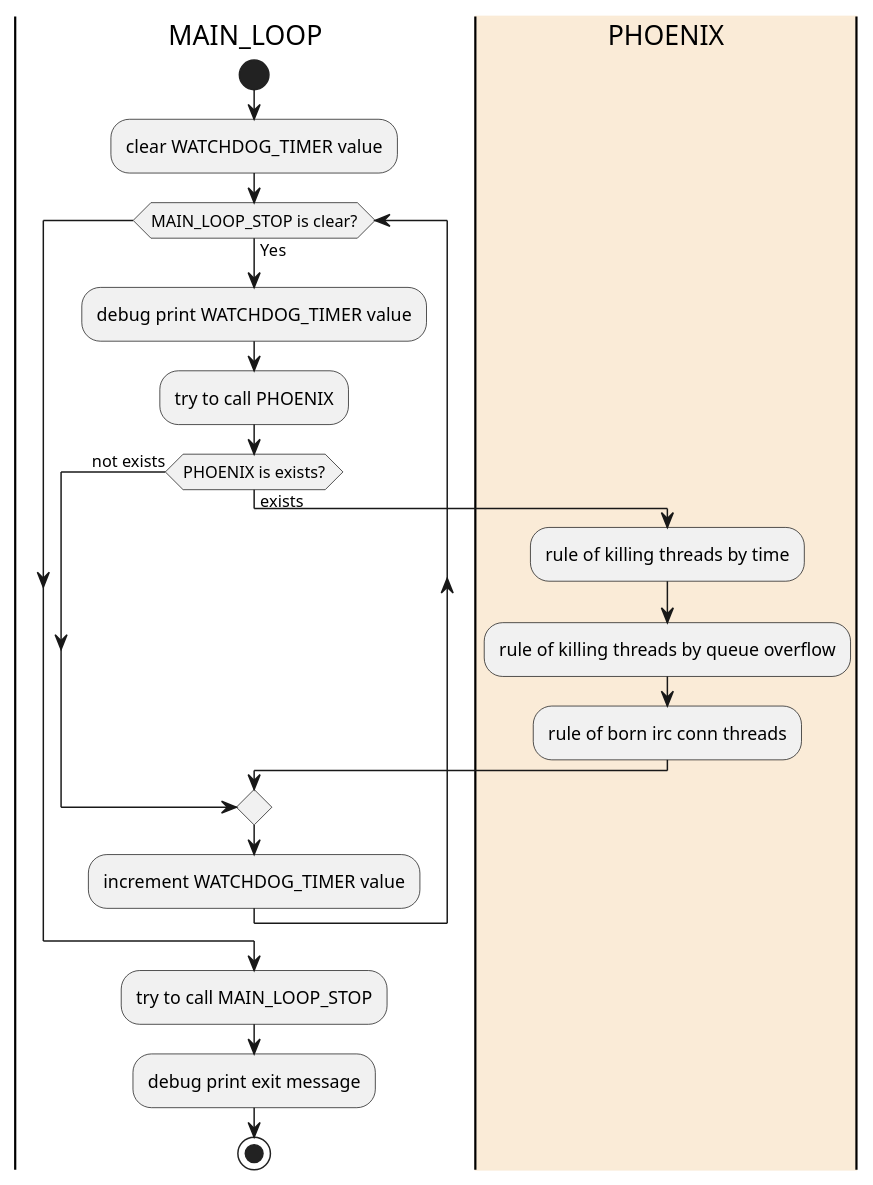
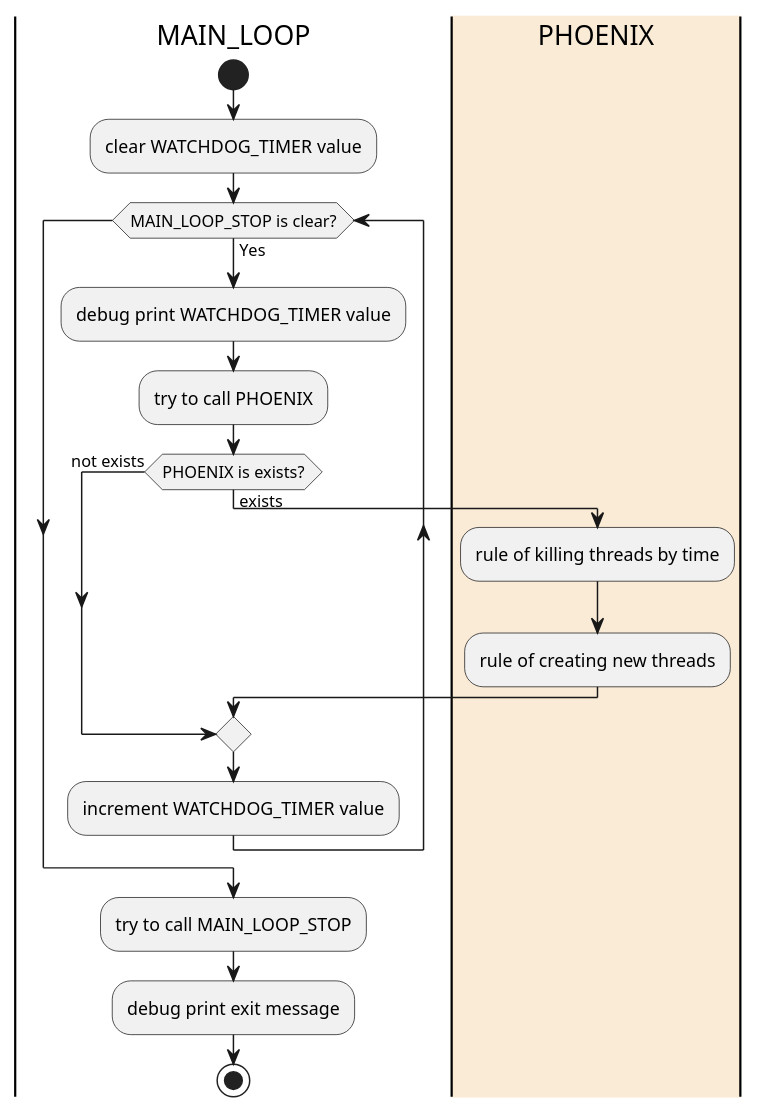
One commit to rigidus/survey changed the fourth of 5 diagrams in README.org. Above: the diagram before and after it, drawn with PlantUML. The commit also changed other lines of this file, not shown here.

Commit message:
working-thread-func, rule-processor, queues and locks stated

```diff
--- a/README.org
+++ b/README.org
@@ -606,23 +578,22 @@
 #+BEGIN_SRC plantuml :file ./img/main_loop_and_phoenix_activity.png
   |MAIN_LOOP|
     start
     :clear WATCHDOG_TIMER value;
     while (MAIN_LOOP_STOP is clear?) is (Yes)
        :debug print WATCHDOG_TIMER value;
        :try to call PHOENIX;
 
        if (PHOENIX is exists?) is (exists) then
   |#AntiqueWhite|PHOENIX|
        :rule of killing threads by time;
-       :rule of killing threads by queue overflow;
-       :rule of born irc conn threads;
+       :rule of creating new threads;
   |MAIN_LOOP|
        else (not exists)
        endif
 
        :increment WATCHDOG_TIMER value;
     endwhile
     :try to call MAIN_LOOP_STOP;
     :debug print exit message;
     stop
 #+END_SRC
```
